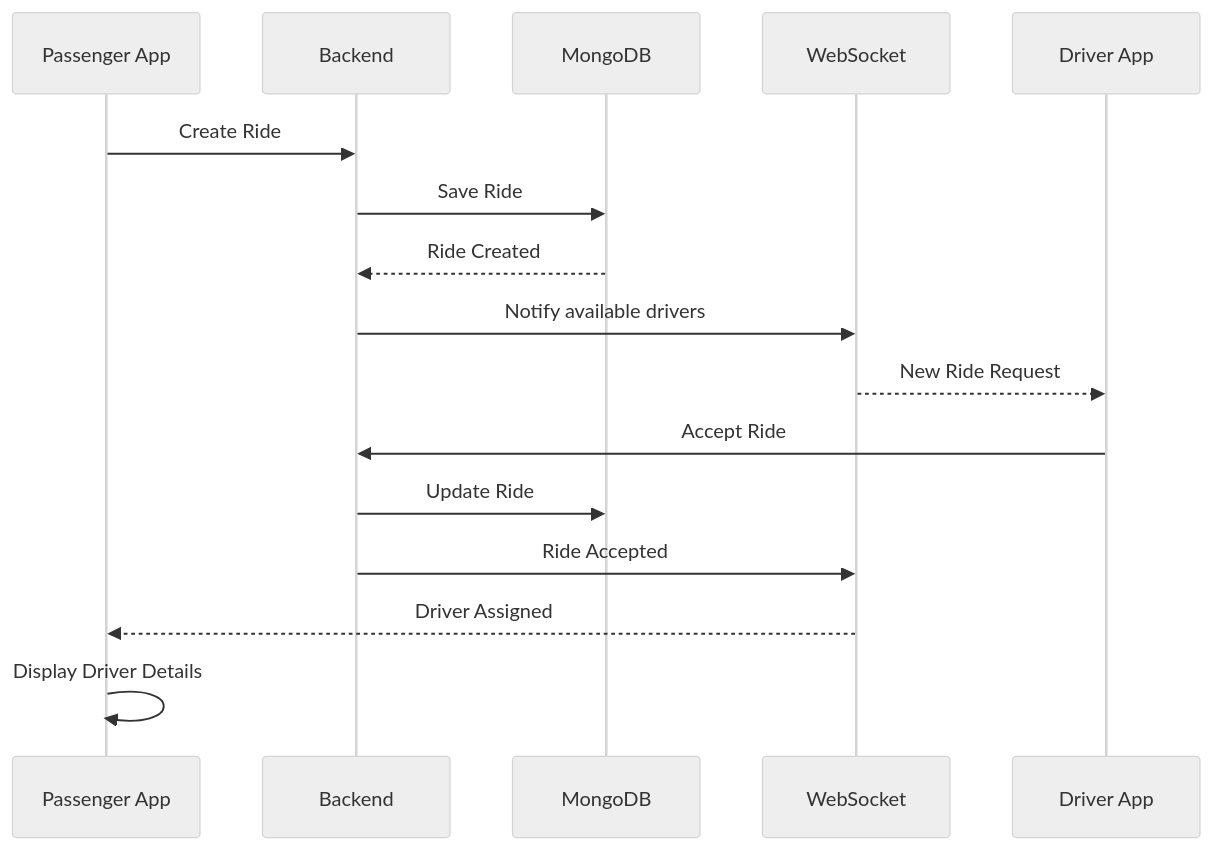
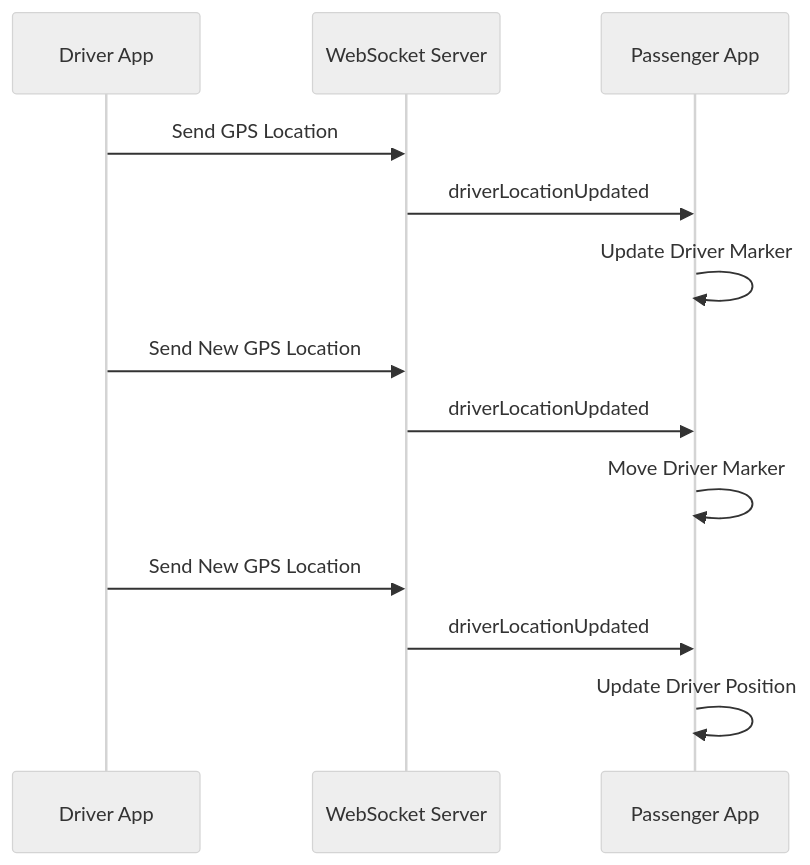
The second of 10 diagrams in README.md (Azra-Javed/rawaan-app), drawn with Mermaid (neutral theme) before and after one commit. The commit also changed other lines of this file, not shown here.

````diff
--- a/README.md
+++ b/README.md
@@ -374,24 +134,19 @@
 ```mermaid
 sequenceDiagram
 
+    participant D as Driver App
+    participant WS as WebSocket Server
     participant P as Passenger App
-    participant API as Backend
-    participant DB as MongoDB
-    participant WS as WebSocket
-    participant D as Driver App
 
-    P->>API: Create Ride
-    API->>DB: Save Ride
-    DB-->>API: Ride Created
+    D->>WS: Send GPS Location
+    WS->>P: driverLocationUpdated
+    P->>P: Update Driver Marker
 
-    API->>WS: Notify available drivers
-    WS-->>D: New Ride Request
+    D->>WS: Send New GPS Location
+    WS->>P: driverLocationUpdated
+    P->>P: Move Driver Marker
 
-    D->>API: Accept Ride
-    API->>DB: Update Ride
-
-    API->>WS: Ride Accepted
-    WS-->>P: Driver Assigned
-
-    P->>P: Display Driver Details
+    D->>WS: Send New GPS Location
+    WS->>P: driverLocationUpdated
+    P->>P: Update Driver Position
 ```
````
